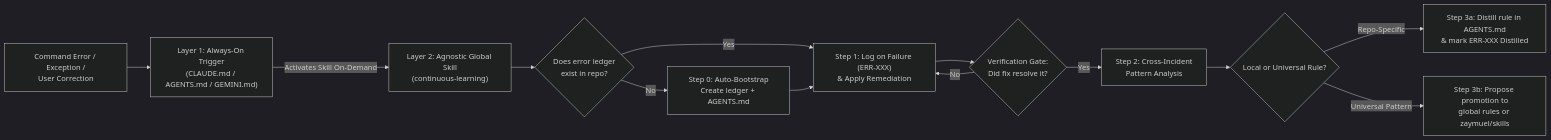
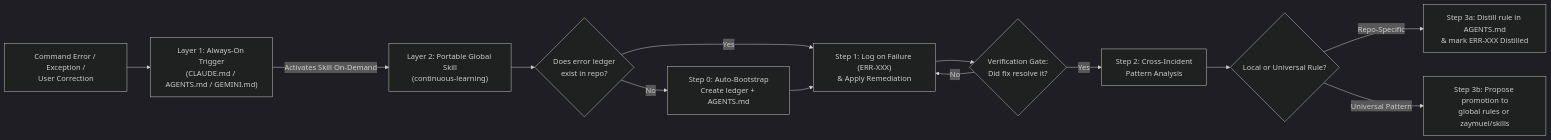
One commit to zaymuel/skills changed the diagram in docs/continuous-learning.md. Above: the diagram before and after it, drawn with Mermaid (dark theme). The commit also changed other lines of this file and 2 other files, not shown here.

Commit message:
rephrase agnostic -> independent

````diff
--- a/docs/continuous-learning.md
+++ b/docs/continuous-learning.md
@@ -30,15 +30,15 @@
 ```mermaid
 flowchart LR
     A["Command Error / Exception /<br/>User Correction"] --> B["Layer 1: Always-On Trigger<br/>(CLAUDE.md / AGENTS.md / GEMINI.md)"]
-    B -->|"Activates Skill On-Demand"| C["Layer 2: Agnostic Global Skill<br/>(continuous-learning)"]
+    B -->|"Activates Skill On-Demand"| C["Layer 2: Portable Global Skill<br/>(continuous-learning)"]
     C --> D{"Does error ledger<br/>exist in repo?"}
     D -->|"No"| E["Step 0: Auto-Bootstrap<br/>Create ledger + AGENTS.md"]
     D -->|"Yes"| F["Step 1: Log on Failure (ERR-XXX)<br/>& Apply Remediation"]
     E --> F
     F --> V{"Verification Gate:<br/>Did fix resolve it?"}
     V -->|"No"| F
     V -->|"Yes"| G["Step 2: Cross-Incident<br/>Pattern Analysis"]
     G --> H{"Local or Universal Rule?"}
     H -->|"Repo-Specific"| I["Step 3a: Distill rule in AGENTS.md<br/>& mark ERR-XXX Distilled"]
     H -->|"Universal Pattern"| J["Step 3b: Propose promotion to<br/>global rules or zaymuel/skills"]
 ```
````
